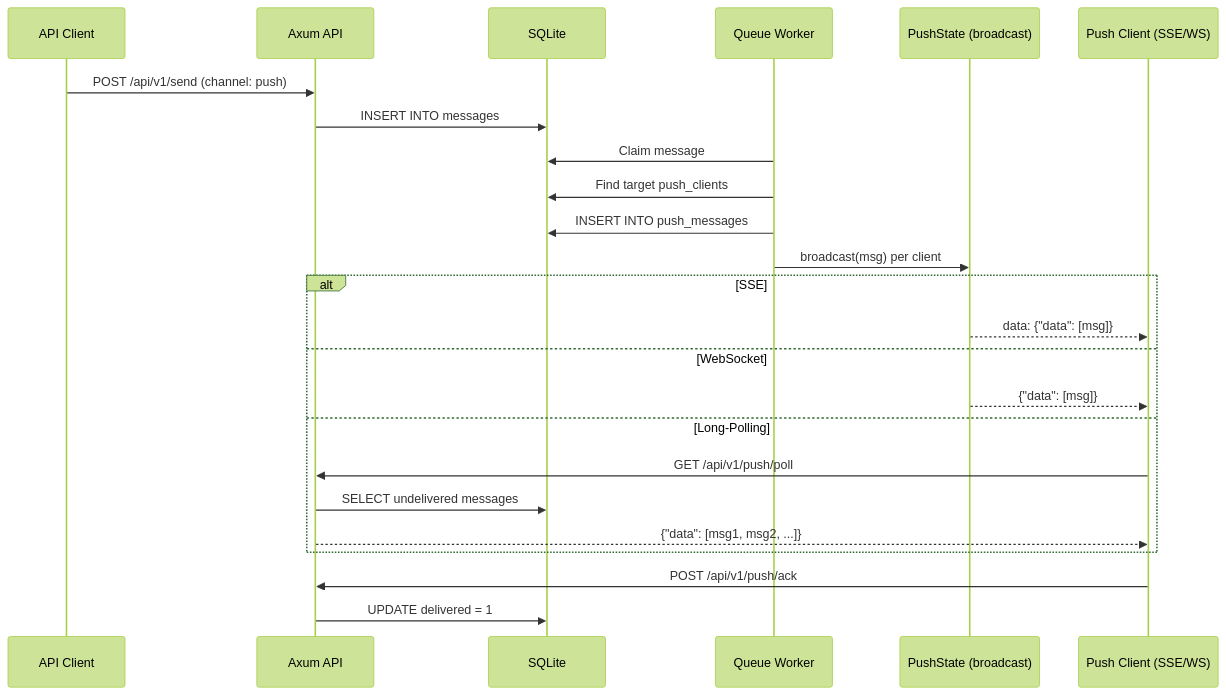
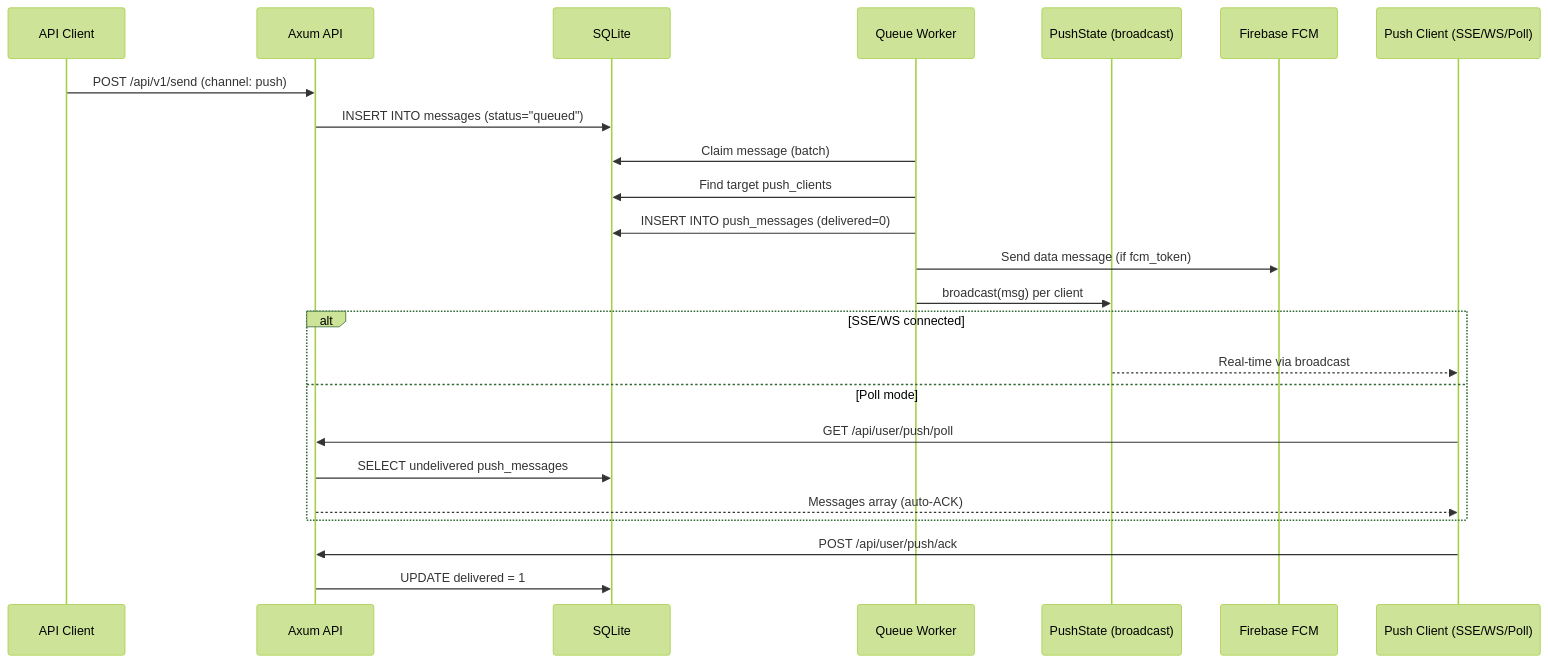
Before and after one commit to XUranus/notify-hub: the third of 5 diagrams in docs/docs/architecture.md, drawn with Mermaid (forest theme). The commit also changed other lines of this file and 51 other files, not shown here.

````diff
--- a/docs/docs/architecture.md
+++ b/docs/docs/architecture.md
@@ -109,30 +109,30 @@
 ```mermaid
 sequenceDiagram
     participant Sender as API Client
     participant API as Axum API
     participant DB as SQLite
     participant Worker as Queue Worker
     participant PushState as PushState (broadcast)
-    participant Client as Push Client (SSE/WS)
+    participant FCM as Firebase FCM
+    participant Client as Push Client (SSE/WS/Poll)
 
     Sender->>API: POST /api/v1/send (channel: push)
-    API->>DB: INSERT INTO messages
+    API->>DB: INSERT INTO messages (status="queued")
 
-    Worker->>DB: Claim message
+    Worker->>DB: Claim message (batch)
     Worker->>DB: Find target push_clients
-    Worker->>DB: INSERT INTO push_messages
+    Worker->>DB: INSERT INTO push_messages (delivered=0)
+    Worker->>FCM: Send data message (if fcm_token)
     Worker->>PushState: broadcast(msg) per client
 
-    alt SSE
-        PushState-->>Client: data: {"data": [msg]}
-    else WebSocket
-        PushState-->>Client: {"data": [msg]}
-    else Long-Polling
-        Client->>API: GET /api/v1/push/poll
-        API->>DB: SELECT undelivered messages
-        API-->>Client: {"data": [msg1, msg2, ...]}
+    alt SSE/WS connected
+        PushState-->>Client: Real-time via broadcast
+    else Poll mode
+        Client->>API: GET /api/user/push/poll
+        API->>DB: SELECT undelivered push_messages
+        API-->>Client: Messages array (auto-ACK)
     end
 
-    Client->>API: POST /api/v1/push/ack
+    Client->>API: POST /api/user/push/ack
     API->>DB: UPDATE delivered = 1
 ```
````
